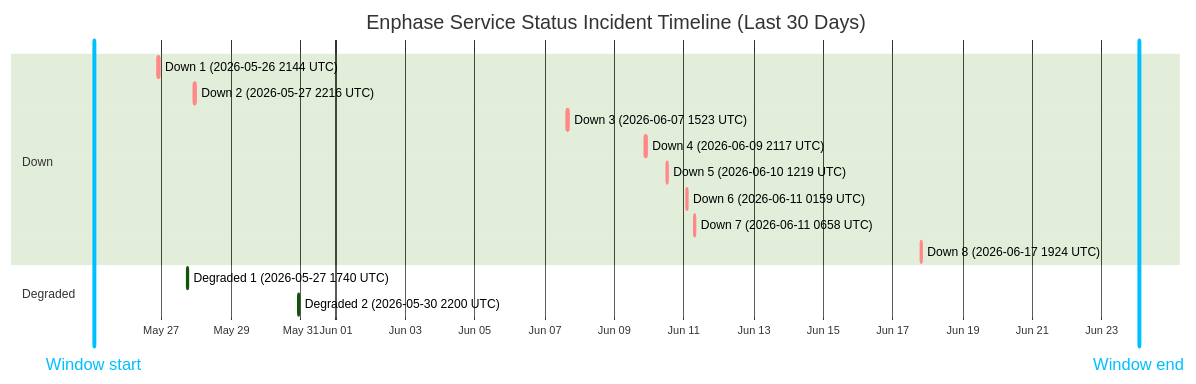
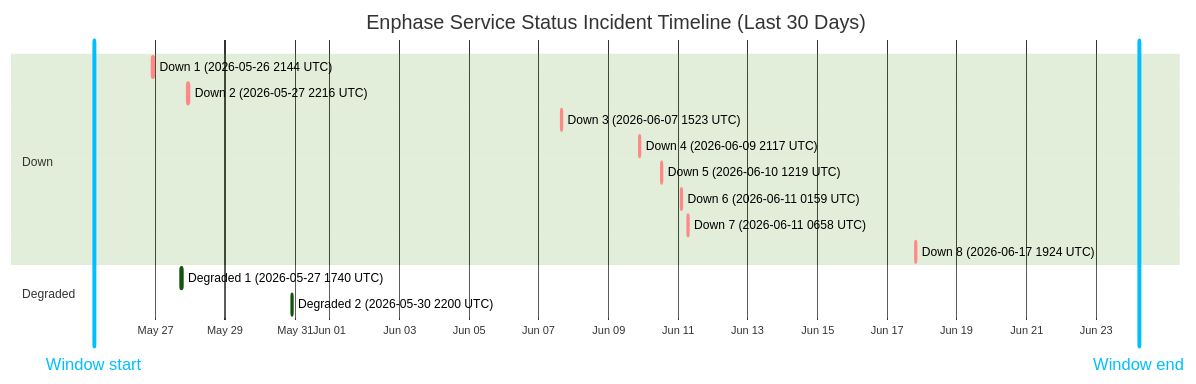
Before and after one commit to barneyonline/ha-enphase-energy: the diagram in wiki/Service-Status-History.md, drawn with Mermaid (forest theme). The commit also changed other lines of this file and 3 other files, not shown here.

````diff
--- a/wiki/Service-Status-History.md
+++ b/wiki/Service-Status-History.md
@@ -14,20 +14,20 @@
 ```mermaid
 gantt
     title Enphase Service Status Incident Timeline (Last 30 Days)
     dateFormat  YYYY-MM-DDTHH:mm:ss
     axisFormat  %b %d
-    Window start :vert, window-start, 2026-05-25T01:24:45, 0ms
-    Window end :vert, window-end, 2026-06-24T01:24:45, 0ms
+    Window start :vert, window-start, 2026-05-25T05:35:58, 0ms
+    Window end :vert, window-end, 2026-06-24T05:35:58, 0ms
     section Down
     Down 1 (2026-05-26 2144 UTC) :crit, down-1, 2026-05-26T21:44:11, 85m
     Down 2 (2026-05-27 2216 UTC) :crit, down-2, 2026-05-27T22:16:53, 87m
     Down 3 (2026-06-07 1523 UTC) :crit, down-3, 2026-06-07T15:23:22, 87m
     Down 4 (2026-06-09 2117 UTC) :crit, down-4, 2026-06-09T21:17:17, 60m
     Down 5 (2026-06-10 1219 UTC) :crit, down-5, 2026-06-10T12:19:21, 60m
     Down 6 (2026-06-11 0159 UTC) :crit, down-6, 2026-06-11T01:59:36, 60m
     Down 7 (2026-06-11 0658 UTC) :crit, down-7, 2026-06-11T06:58:45, 60m
     Down 8 (2026-06-17 1924 UTC) :crit, down-8, 2026-06-17T19:24:51, 60m
     section Degraded
     Degraded 1 (2026-05-27 1740 UTC) :active, degraded-1, 2026-05-27T17:40:52, 60m
     Degraded 2 (2026-05-30 2200 UTC) :active, degraded-2, 2026-05-30T22:00:37, 60m
 ```
````
